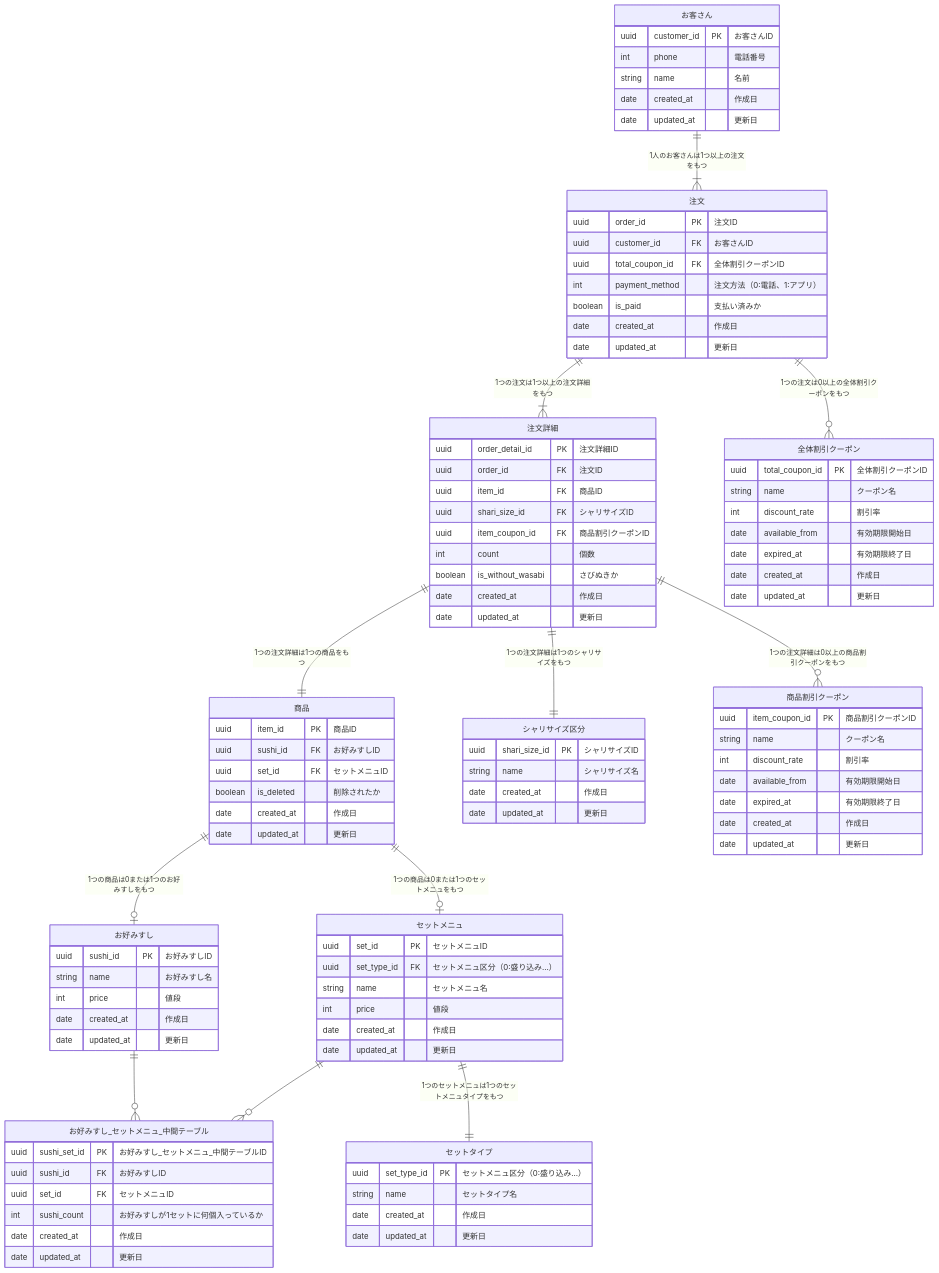
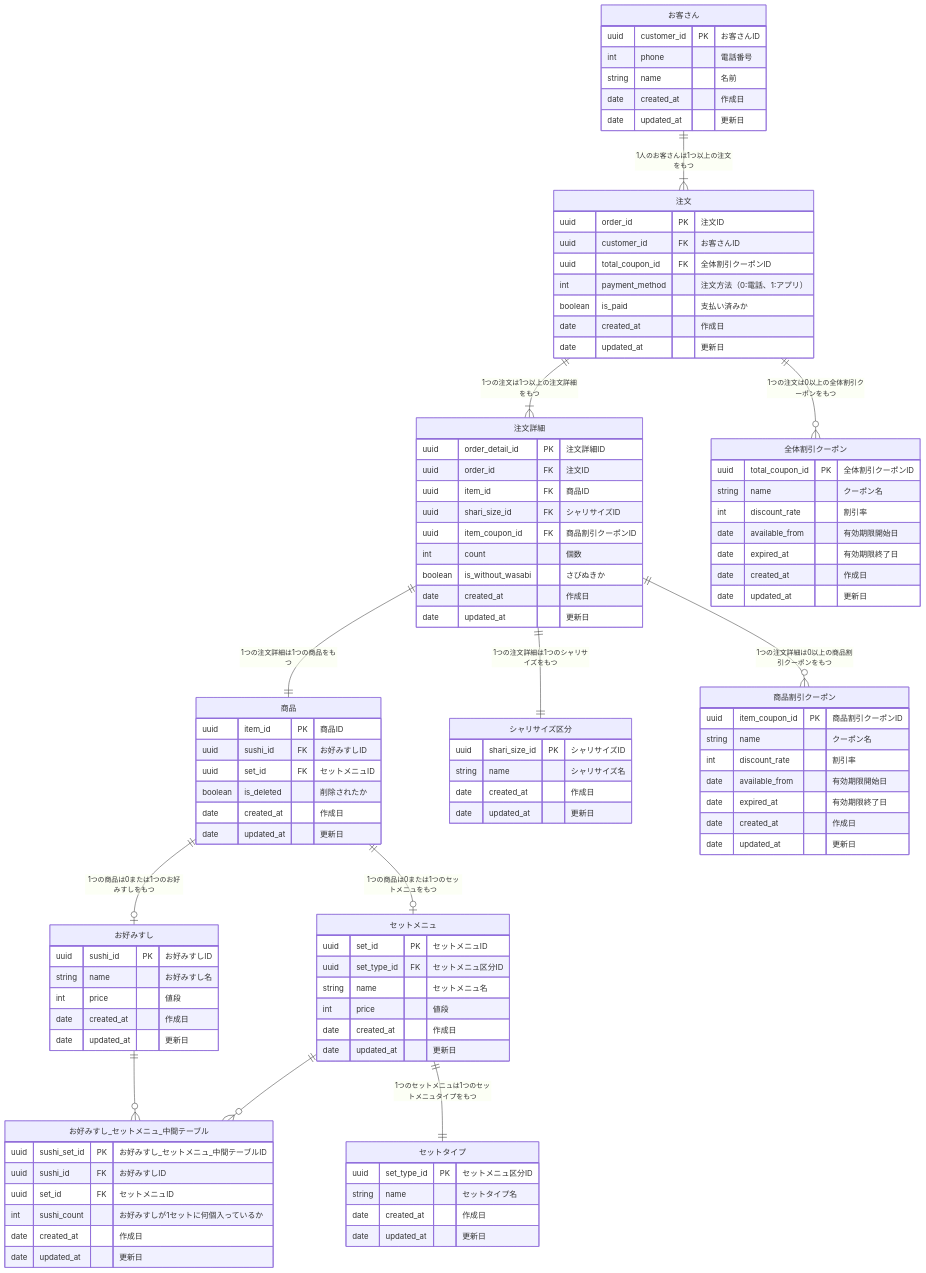
The diagram in F0yWy8HaLlWoST/01_データベース設計/01_DBモデリング1/kadai_03.md (praha-inc/praha-challenge-7), drawn with Mermaid before and after one commit.

Commit message:
fix: セットタイプ区分をuuidに変更

```diff
--- a/F0yWy8HaLlWoST/01_データベース設計/01_DBモデリング1/kadai_03.md
+++ b/F0yWy8HaLlWoST/01_データベース設計/01_DBモデリング1/kadai_03.md
@@ -46,7 +46,7 @@
 
   "セットメニュ" {
     uuid set_id PK "セットメニュID"
-    uuid set_type_id FK "セットメニュ区分（0:盛り込み…）"
+    uuid set_type_id FK "セットメニュ区分ID"
     string name "セットメニュ名"
     int price "値段"
     date created_at "作成日"
@@ -92,7 +92,7 @@
   }
 
   "セットタイプ" {
-    uuid set_type_id PK "セットメニュ区分（0:盛り込み…）"
+    uuid set_type_id PK "セットメニュ区分ID"
     string name "セットタイプ名"
     date created_at "作成日"
     date updated_at "更新日"
```
